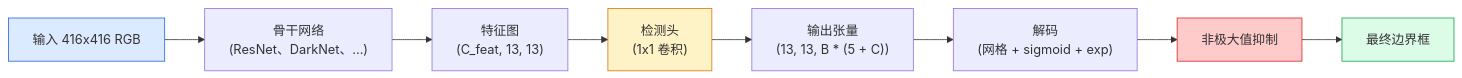
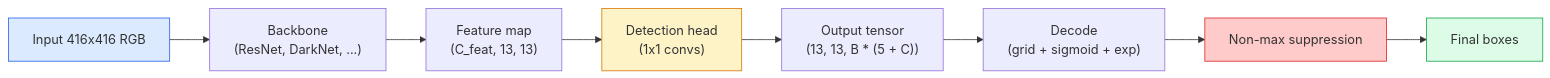
One commit to xiaojiaenen/ai-engineering-from-scratch-zh changed the diagram in i18n/zh/phases/04-computer-vision/06-object-detection-yolo/docs/zh.md. Above: the diagram before and after it, drawn with Mermaid. The commit also changed other lines of this file and 28 other files, not shown here.

````diff
--- a/i18n/zh/phases/04-computer-vision/06-object-detection-yolo/docs/zh.md
+++ b/i18n/zh/phases/04-computer-vision/06-object-detection-yolo/docs/zh.md
@@ -31,15 +31,15 @@
 ```mermaid
 flowchart LR
-    IMG["输入 416x416 RGB"] --> BB["骨干网络<br/>(ResNet、DarkNet、...)"]
-    BB --> FM["特征图<br/>(C_feat, 13, 13)"]
-    FM --> HEAD["检测头<br/>(1x1 卷积)"]
-    HEAD --> OUT["输出张量<br/>(13, 13, B * (5 + C))"]
-    OUT --> DEC["解码<br/>(网格 + sigmoid + exp)"]
-    DEC --> NMS["非极大值抑制"]
-    NMS --> RESULT["最终边界框"]
+    IMG["Input 416x416 RGB"] --> BB["Backbone<br/>(ResNet, DarkNet, ...)"]
+    BB --> FM["Feature map<br/>(C_feat, 13, 13)"]
+    FM --> HEAD["Detection head<br/>(1x1 convs)"]
+    HEAD --> OUT["Output tensor<br/>(13, 13, B * (5 + C))"]
+    OUT --> DEC["Decode<br/>(grid + sigmoid + exp)"]
+    DEC --> NMS["Non-max suppression"]
+    NMS --> RESULT["Final boxes"]
 
     style IMG fill:#dbeafe,stroke:#2563eb
     style HEAD fill:#fef3c7,stroke:#d97706
     style NMS fill:#fecaca,stroke:#dc2626
     style RESULT fill:#dcfce7,stroke:#16a34a
 ```
````
